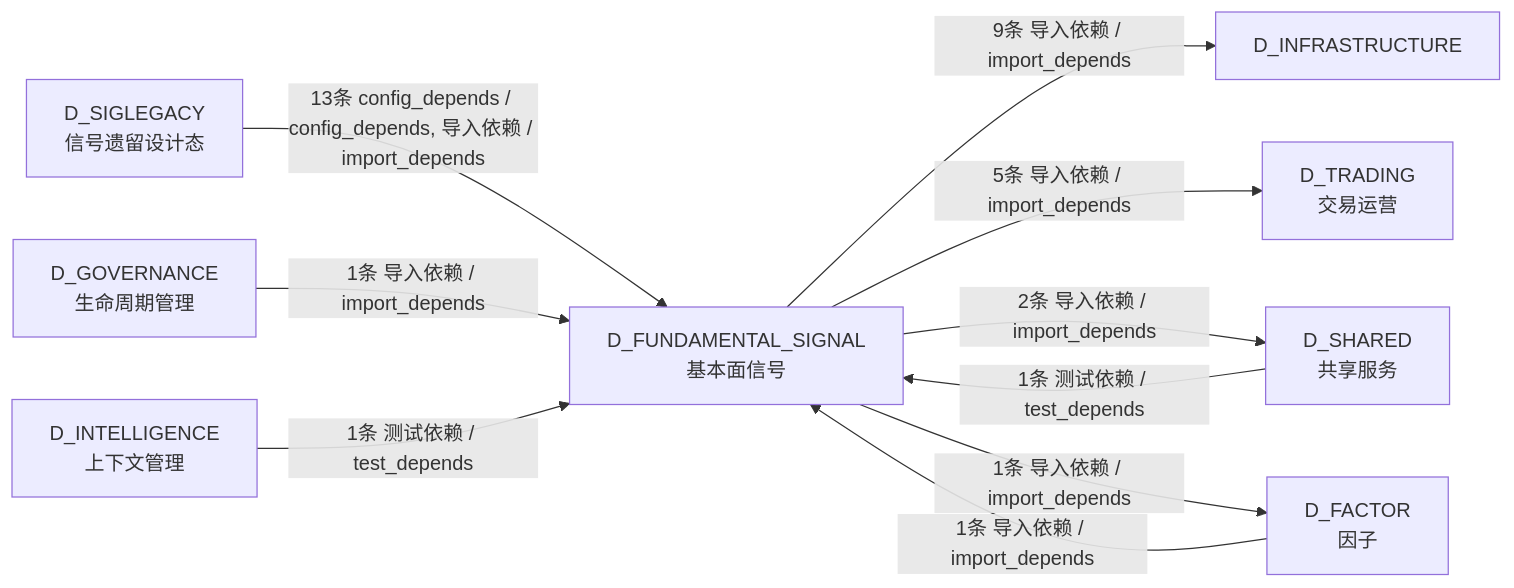
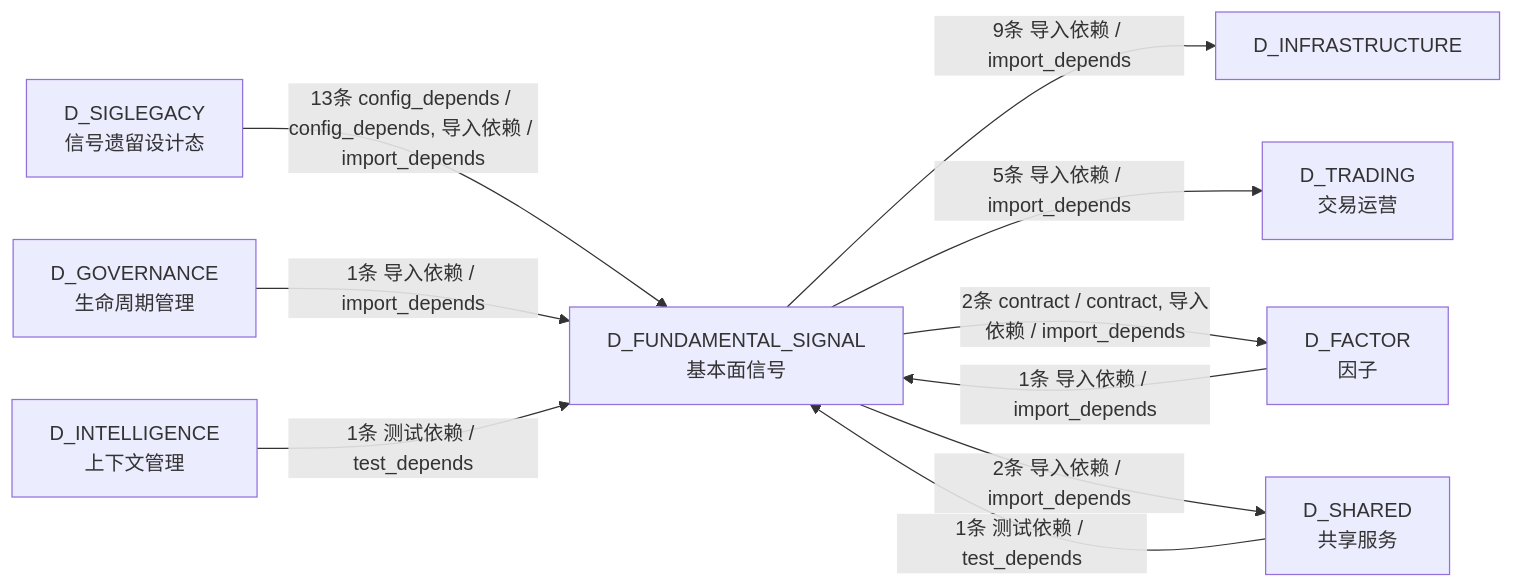
One commit to xuanFelixVan/ZephyrAlpha changed the fourth of 4 diagrams in docs/02_enterprise_architecture/02_domain_architecture_docs/37_d_fundamental_signal.md. Above: the diagram before and after it, drawn with Mermaid. The commit also changed other lines of this file and 127 other files, not shown here.

First line of the commit message:
chore(docs): S2-2 refresh architecture docs after depgraph rebuild

````diff
--- a/docs/02_enterprise_architecture/02_domain_architecture_docs/37_d_fundamental_signal.md
+++ b/docs/02_enterprise_architecture/02_domain_architecture_docs/37_d_fundamental_signal.md
@@ -286,20 +289,20 @@
 ```mermaid
 graph LR
     D_FUNDAMENTAL_SIGNAL["D_FUNDAMENTAL_SIGNAL<br/>基本面信号"]
     D_INFRASTRUCTURE["D_INFRASTRUCTURE"]
     D_TRADING["D_TRADING<br/>交易运营"]
+    D_FACTOR["D_FACTOR<br/>因子"]
     D_SHARED["D_SHARED<br/>共享服务"]
-    D_FACTOR["D_FACTOR<br/>因子"]
     D_SIGLEGACY["D_SIGLEGACY<br/>信号遗留设计态"]
     D_GOVERNANCE["D_GOVERNANCE<br/>生命周期管理"]
     D_INTELLIGENCE["D_INTELLIGENCE<br/>上下文管理"]
     D_FUNDAMENTAL_SIGNAL -->|9条 导入依赖 / import_depends| D_INFRASTRUCTURE
     D_FUNDAMENTAL_SIGNAL -->|5条 导入依赖 / import_depends| D_TRADING
+    D_FUNDAMENTAL_SIGNAL -->|2条 contract / contract, 导入依赖 / import_depends| D_FACTOR
     D_FUNDAMENTAL_SIGNAL -->|2条 导入依赖 / import_depends| D_SHARED
-    D_FUNDAMENTAL_SIGNAL -->|1条 导入依赖 / import_depends| D_FACTOR
     D_SIGLEGACY -->|13条 config_depends / config_depends, 导入依赖 / import_depends| D_FUNDAMENTAL_SIGNAL
     D_FACTOR -->|1条 导入依赖 / import_depends| D_FUNDAMENTAL_SIGNAL
     D_GOVERNANCE -->|1条 导入依赖 / import_depends| D_FUNDAMENTAL_SIGNAL
     D_INTELLIGENCE -->|1条 测试依赖 / test_depends| D_FUNDAMENTAL_SIGNAL
     D_SHARED -->|1条 测试依赖 / test_depends| D_FUNDAMENTAL_SIGNAL
 ```
````
